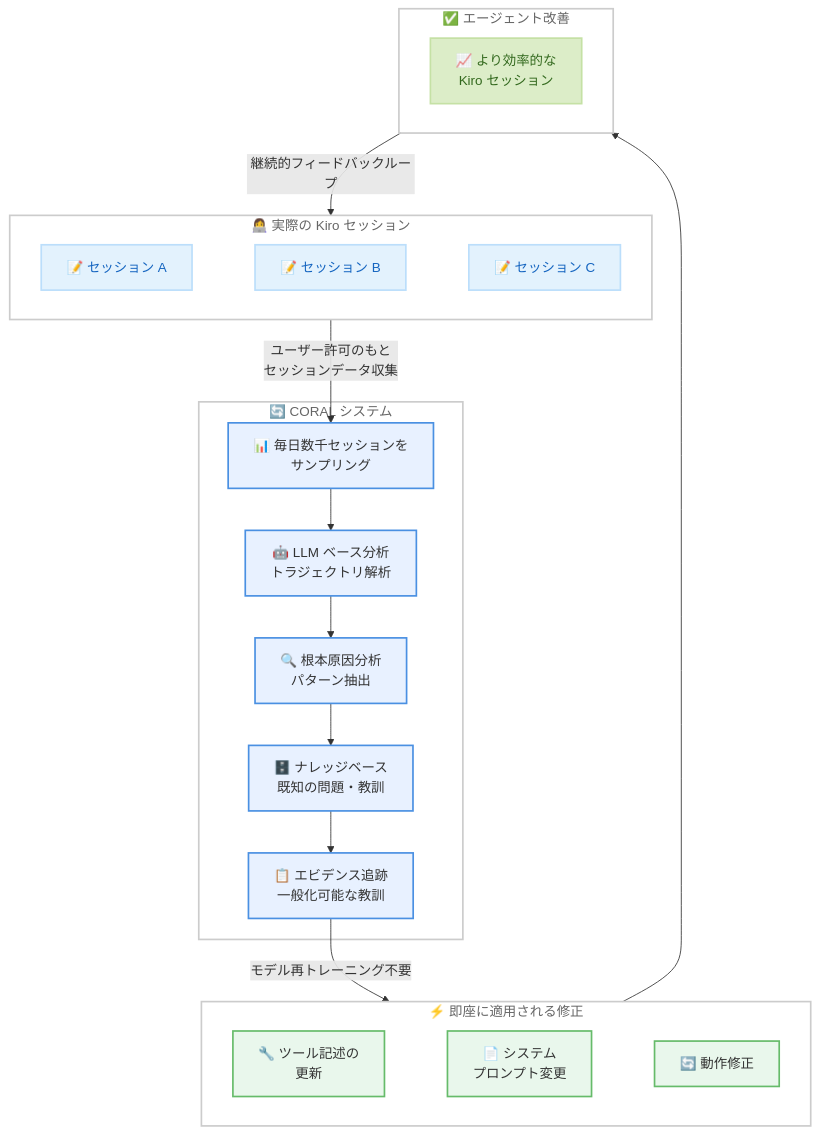
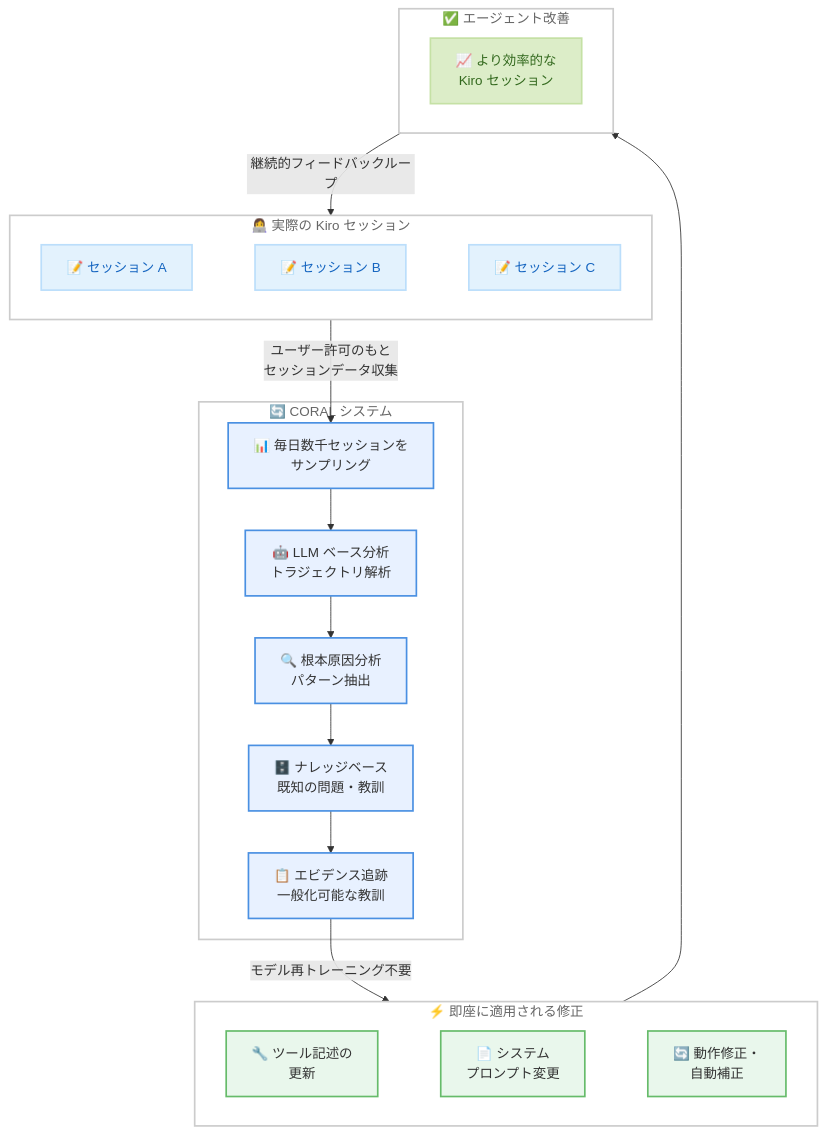
Before and after one commit to takech9203/awsnews-summary: the diagram in reports/2026/2026-02-23-kiro-hidden-inefficiencies-ai-coding.md, drawn with Mermaid. The commit also changed other lines of this file and 21 other files, not shown here.

````diff
--- a/reports/2026/2026-02-23-kiro-hidden-inefficiencies-ai-coding.md
+++ b/reports/2026/2026-02-23-kiro-hidden-inefficiencies-ai-coding.md
@@ -31,55 +34,55 @@
 ```mermaid
 flowchart TD
     subgraph KiroSessions["👩‍💻 実際の Kiro セッション"]
         direction LR
         S1["📝 セッション A"]
         S2["📝 セッション B"]
         S3["📝 セッション C"]
         S1 ~~~ S2 ~~~ S3
     end
 
     subgraph CORALSystem["🔄 CORAL システム"]
         Sampling["📊 毎日数千セッションを<br/>サンプリング"]
         LLMAnalysis["🤖 LLM ベース分析<br/>トラジェクトリ解析"]
         RCA["🔍 根本原因分析<br/>パターン抽出"]
         KB["🗄️ ナレッジベース<br/>既知の問題・教訓"]
         Evidence["📋 エビデンス追跡<br/>一般化可能な教訓"]
 
         Sampling --> LLMAnalysis
         LLMAnalysis --> RCA
         RCA --> KB
         KB --> Evidence
     end
 
     subgraph Fixes["⚡ 即座に適用される修正"]
         direction LR
         ToolDesc["🔧 ツール記述の<br/>更新"]
         SystemPrompt["📄 システム<br/>プロンプト変更"]
-        BehaviorMod["🔄 動作修正"]
+        BehaviorMod["🔄 動作修正・<br/>自動補正"]
         ToolDesc ~~~ SystemPrompt ~~~ BehaviorMod
     end
 
     subgraph Improvement["✅ エージェント改善"]
         BetterSessions["📈 より効率的な<br/>Kiro セッション"]
     end
 
     KiroSessions -->|"ユーザー許可のもと<br/>セッションデータ収集"| Sampling
     Evidence -->|"モデル再トレーニング不要"| Fixes
     Fixes --> Improvement
     Improvement -->|"継続的フィードバックループ"| KiroSessions
 
     classDef cloud fill:none,stroke:#CCCCCC,stroke-width:2px,color:#666666
     classDef session fill:#E3F2FD,stroke:#BBDEFB,stroke-width:2px,color:#1565C0
     classDef coral fill:#E8F1FF,stroke:#4A90E2,stroke-width:2px,color:#333333
     classDef fix fill:#E9F7EC,stroke:#66BB6A,stroke-width:2px,color:#333333
     classDef improvement fill:#DCEDC8,stroke:#C5E1A5,stroke-width:2px,color:#33691E
 
     class KiroSessions cloud
     class S1,S2,S3 session
     class CORALSystem cloud
     class Sampling,LLMAnalysis,RCA,KB,Evidence coral
     class Fixes cloud
     class ToolDesc,SystemPrompt,BehaviorMod fix
     class Improvement cloud
     class BetterSessions improvement
 ```
````
